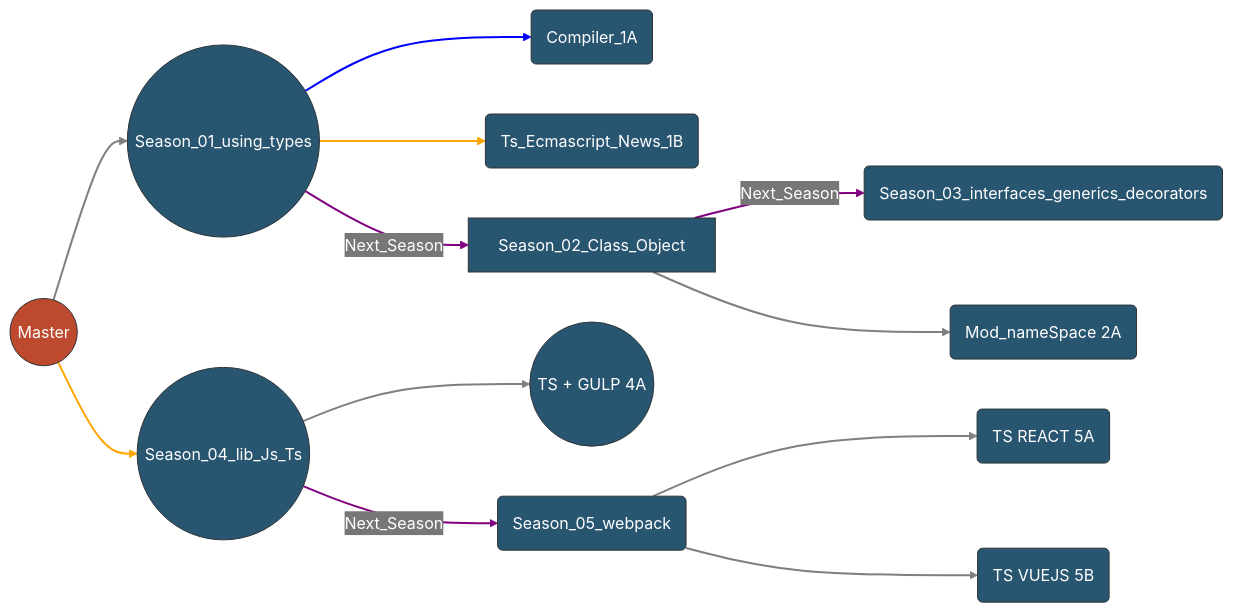
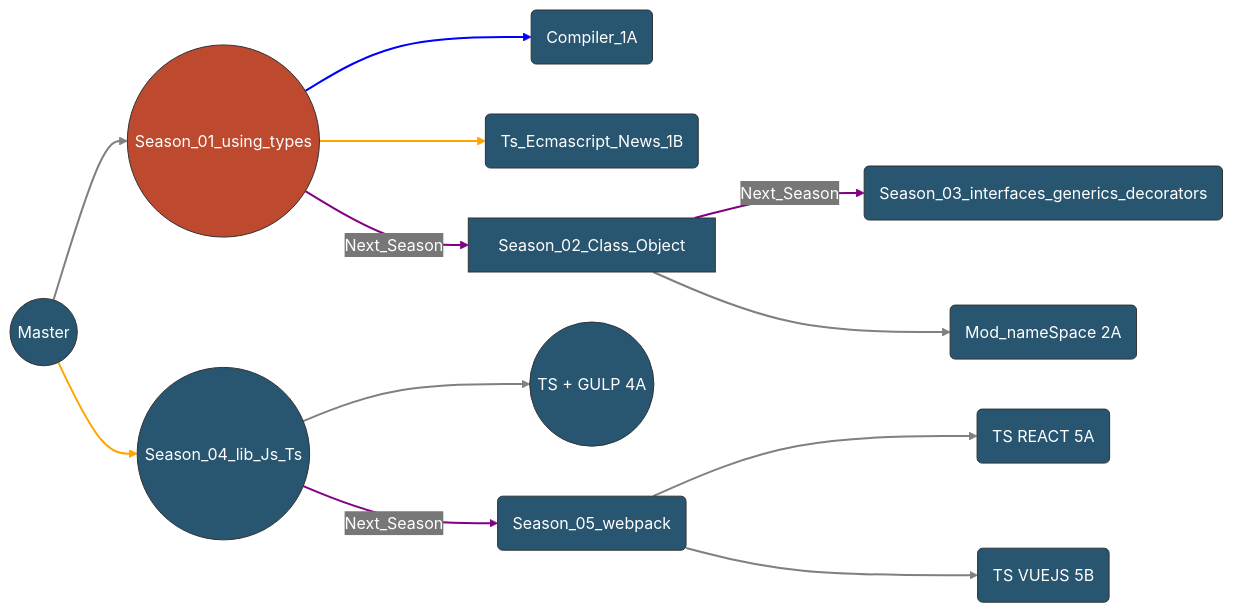
One commit to TeoNogueira/TypeScript-2022 changed the second of 2 diagrams in readme.md. Above: the diagram before and after it, drawn with Mermaid.

````diff
--- a/readme.md
+++ b/readme.md
@@ -53,51 +53,51 @@
   ```mermaid
 
 %%{init: {'theme': 'base', 'themeVariables': { 'primaryColor': '#285570', 'edgeLabelBackground':'#777777', 'tertiaryColor': '#285570', 'primaryTextColor': 'white', 'lineColor': '#D4EFDF'}}}%%
 
 flowchart LR;
 
- A:::someclass
+ 1:::someclass
     classDef someclass fill:#bd492e;
     
 1(Season_01) --> 1A(Compiler_1A) 
 1(Season_01) --> 1B(Ts_Ecmascript_News_1B) 
 A((Master)) --> 1((Season_01_using_types)) -->|Next_Season| 2((S_02)) --> |Next_Season| 3((S_03))
 2[Season_02_Class_Object]--> 2A(Mod_nameSpace 2A)
 
 3(Season_03_interfaces_generics_decorators) 
 4((Season_04_lib_Js_Ts)) --> 4A((TS + GULP 4A))
 A((Master)) --> 4((Season_04_lib_Js_Ts)) -->|Next_Season|5(S_05)
 
 
 5(Season_05) --> 5A(TS REACT 5A) 
 5(Season_05_webpack) --> 5B(TS VUEJS 5B)
 
 
 
      linkStyle 0 stroke-width:2px,fill:none,stroke:blue;
         linkStyle 1 stroke-width:2px,fill:none,stroke:orange;
         linkStyle 2 stroke-width:2px,fill:none,stroke:gray;
         linkStyle 3 stroke-width:2px,fill:none,stroke:purple;
         linkStyle 4 stroke-width:2px,fill:none,stroke:purple;
           linkStyle 5 stroke-width:2px,fill:none,stroke:gray;
           linkStyle 6 stroke-width:2px,fill:none,stroke:gray;
           linkStyle 7 stroke-width:2px,fill:none,stroke:orange;
           linkStyle 8 stroke-width:2px,fill:none,stroke:purple;
           linkStyle 9 stroke-width:2px,fill:none,stroke:gray;
           linkStyle 10 stroke-width:2px,fill:none,stroke:gray;
 
 
 
 click 1 "https://github.com/TeoNogueira/TypeScript-2022/tree/season_01"
 click 1A "https://github.com/TeoNogueira/TypeScript-2022/tree/season_01_compiler"
 click 1B "https://github.com/TeoNogueira/TypeScript-2022/tree/season_01_b"
 click 2 "https://github.com/TeoNogueira/TypeScript-2022/tree/season_02"
 click 2A "https://github.com/TeoNogueira/TypeScript-2022/tree/season_02_b"
 click 3 "https://github.com/TeoNogueira/TypeScript-2022/tree/season_03"
 click 4 "https://github.com/TeoNogueira/TypeScript-2022/tree/season_04"
 click 4A "https://github.com/TeoNogueira/TypeScript-2022/tree/season_04_a"
 click 5 "https://github.com/TeoNogueira/TypeScript-2022/tree/season_05"
 click 5A "https://github.com/TeoNogueira/TypeScript-2022/tree/ts_react"
 click 5B "https://github.com/TeoNogueira/TypeScript-2022/tree/ts_vueJs"
 
  ```
````
